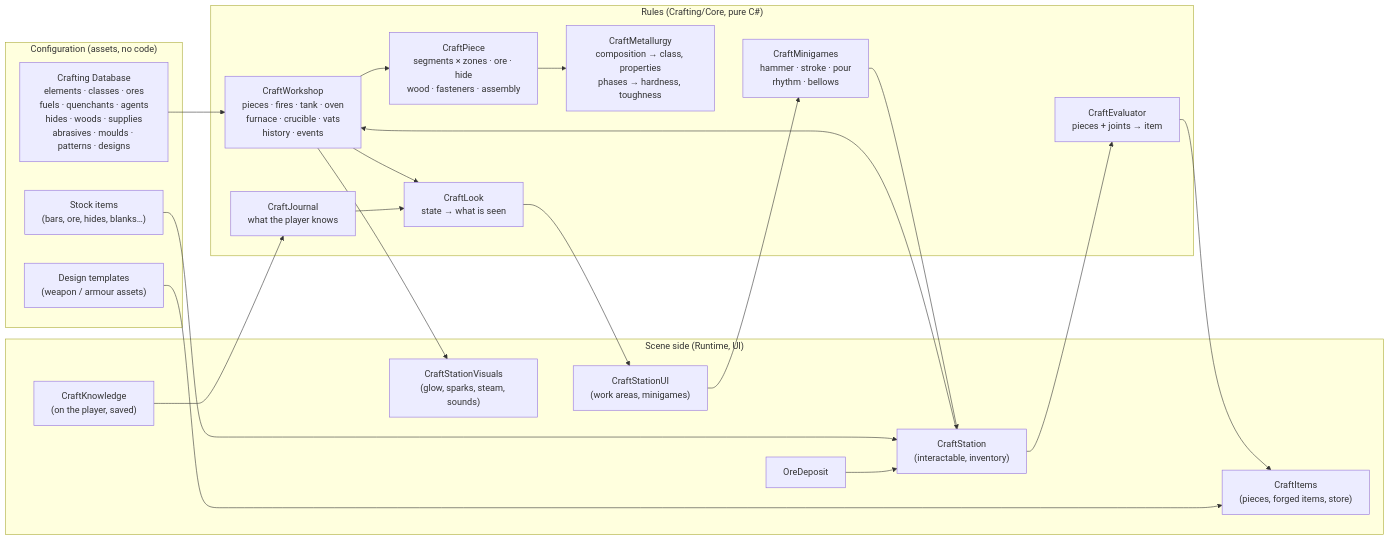
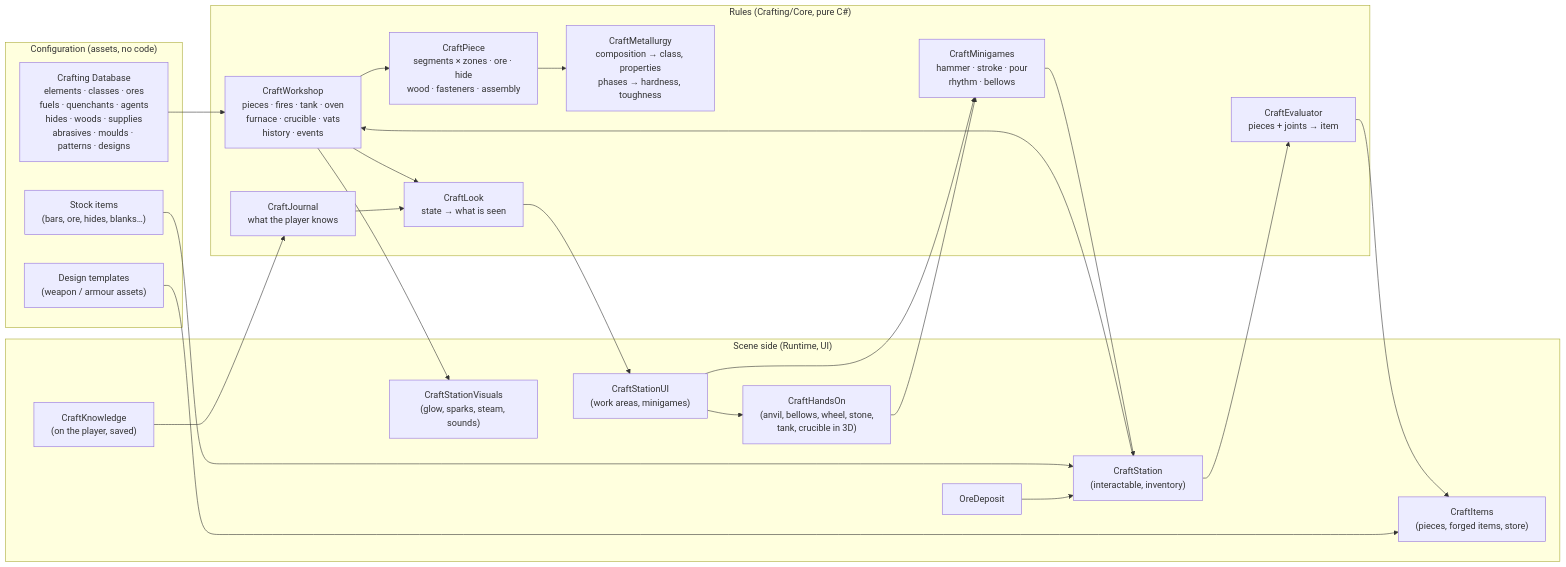
One commit to Kaynan-Jamelaumn/SimpleMovementsUnityPackage changed the diagram in Documentation/Crafting/README.md. Above: the diagram before and after it, drawn with Mermaid. The commit also changed 92 other files, not shown here.

````diff
--- a/Documentation/Crafting/README.md
+++ b/Documentation/Crafting/README.md
@@ -44,38 +44,40 @@
 ```mermaid
 flowchart LR
     subgraph Data["Configuration (assets, no code)"]
         DB["Crafting Database<br/>elements · classes · ores<br/>fuels · quenchants · agents<br/>hides · woods · supplies<br/>abrasives · moulds · patterns · designs"]
         TPL["Design templates<br/>(weapon / armour assets)"]
         STK["Stock items<br/>(bars, ore, hides, blanks…)"]
     end
     subgraph Core["Rules (Crafting/Core, pure C#)"]
         WS["CraftWorkshop<br/>pieces · fires · tank · oven<br/>furnace · crucible · vats<br/>history · events"]
         PIECE["CraftPiece<br/>segments × zones · ore · hide<br/>wood · fasteners · assembly"]
         MET["CraftMetallurgy<br/>composition → class, properties<br/>phases → hardness, toughness"]
         EVAL["CraftEvaluator<br/>pieces + joints → item"]
         LOOK["CraftLook<br/>state → what is seen"]
         JOUR["CraftJournal<br/>what the player knows"]
         HANDS["CraftMinigames<br/>hammer · stroke · pour<br/>rhythm · bellows"]
     end
     subgraph Scene["Scene side (Runtime, UI)"]
         ST["CraftStation<br/>(interactable, inventory)"]
         UI["CraftStationUI<br/>(work areas, minigames)"]
+        HO["CraftHandsOn<br/>(anvil, bellows, wheel, stone,<br/>tank, crucible in 3D)"]
         VIS["CraftStationVisuals<br/>(glow, sparks, steam, sounds)"]
         KN["CraftKnowledge<br/>(on the player, saved)"]
         DEP["OreDeposit"]
         ITEMS["CraftItems<br/>(pieces, forged items, store)"]
     end
     DB --> WS
     STK --> ST
     DEP --> ST
     ST --> WS
     WS --> PIECE
     PIECE --> MET
     UI --> HANDS --> ST
+    UI --> HO --> HANDS
     ST --> EVAL --> ITEMS
     TPL --> ITEMS
     WS --> LOOK --> UI
     JOUR --> LOOK
     KN --> JOUR
     WS --> VIS
 ```
````
